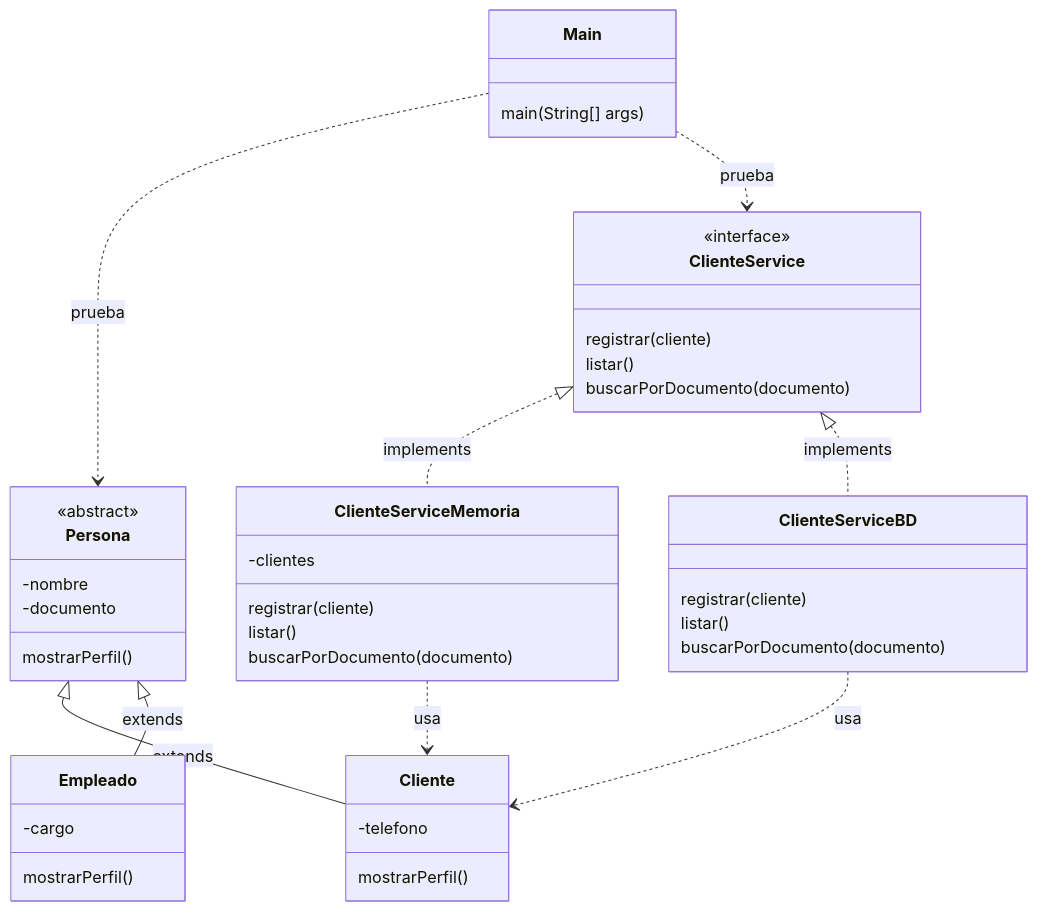
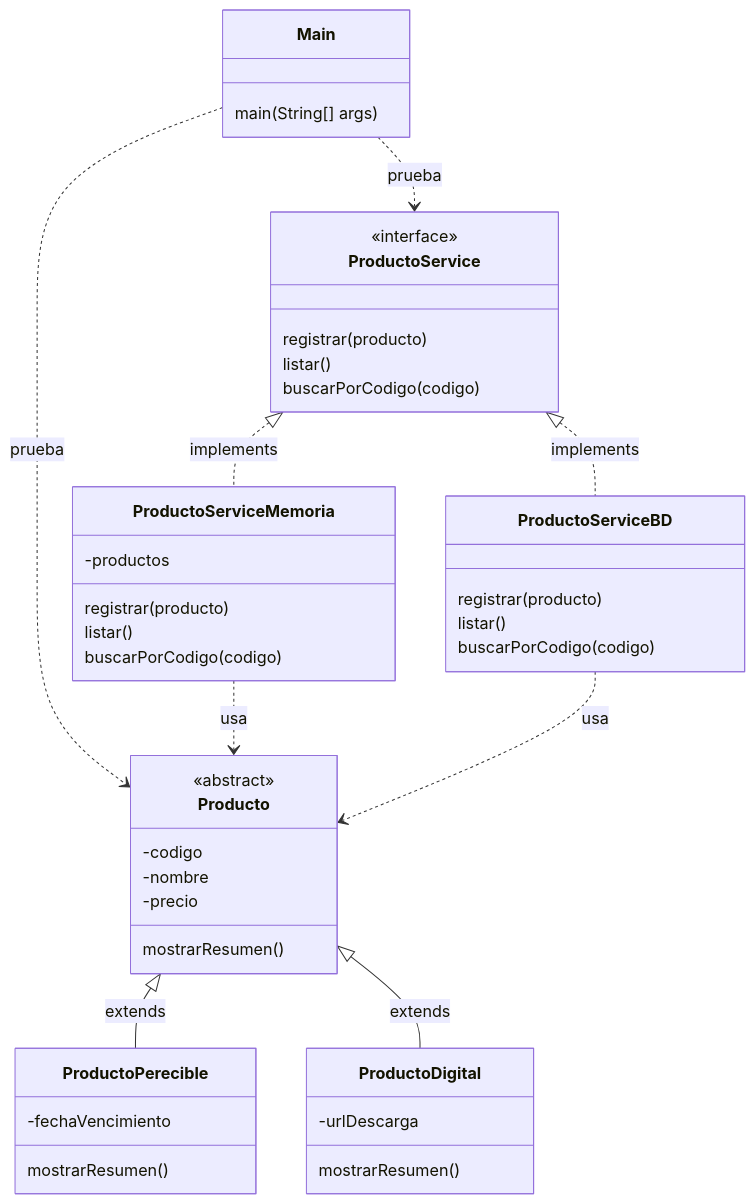
The diagram in docs/S04_Herencia_Polimorfismo.md (262poo/comarket), drawn with Mermaid before and after one commit. The commit also changed other lines of this file and 12 other files, not shown here.

````diff
--- a/docs/S04_Herencia_Polimorfismo.md
+++ b/docs/S04_Herencia_Polimorfismo.md
@@ -61,48 +61,49 @@
 ```mermaid
 classDiagram
     class Main {
         main(String[] args)
     }
 
-    class Persona {
+    class Producto {
         <<abstract>>
+        -codigo
         -nombre
-        -documento
-        mostrarPerfil()
+        -precio
+        mostrarResumen()
     }
-    class Cliente {
-        -telefono
-        mostrarPerfil()
+    class ProductoPerecible {
+        -fechaVencimiento
+        mostrarResumen()
     }
-    class Empleado {
-        -cargo
-        mostrarPerfil()
+    class ProductoDigital {
+        -urlDescarga
+        mostrarResumen()
     }
 
-    class ClienteService {
+    class ProductoService {
         <<interface>>
-        registrar(cliente)
+        registrar(producto)
         listar()
-        buscarPorDocumento(documento)
+        buscarPorCodigo(codigo)
     }
-    class ClienteServiceMemoria {
-        -clientes
-        registrar(cliente)
+    class ProductoServiceMemoria {
+        -productos
+        registrar(producto)
         listar()
-        buscarPorDocumento(documento)
+        buscarPorCodigo(codigo)
     }
-    class ClienteServiceBD {
-        registrar(cliente)
+    class ProductoServiceBD {
+        registrar(producto)
         listar()
-        buscarPorDocumento(documento)
+        buscarPorCodigo(codigo)
     }
 
-    Main ..> Persona : prueba
-    Main ..> ClienteService : prueba
-    Persona <|-- Cliente : extends
-    Persona <|-- Empleado : extends
-    ClienteService <|.. ClienteServiceMemoria : implements
-    ClienteService <|.. ClienteServiceBD : implements
-    ClienteServiceMemoria ..> Cliente : usa
-    ClienteServiceBD ..> Cliente : usa
+    Main ..> Producto : prueba
+    Main ..> ProductoService : prueba
+    Producto <|-- ProductoPerecible : extends
+    Producto <|-- ProductoDigital : extends
+    ProductoService <|.. ProductoServiceMemoria : implements
+    ProductoService <|.. ProductoServiceBD : implements
+    ProductoServiceMemoria ..> Producto : usa
+    ProductoServiceBD ..> Producto : usa
 ```
````
